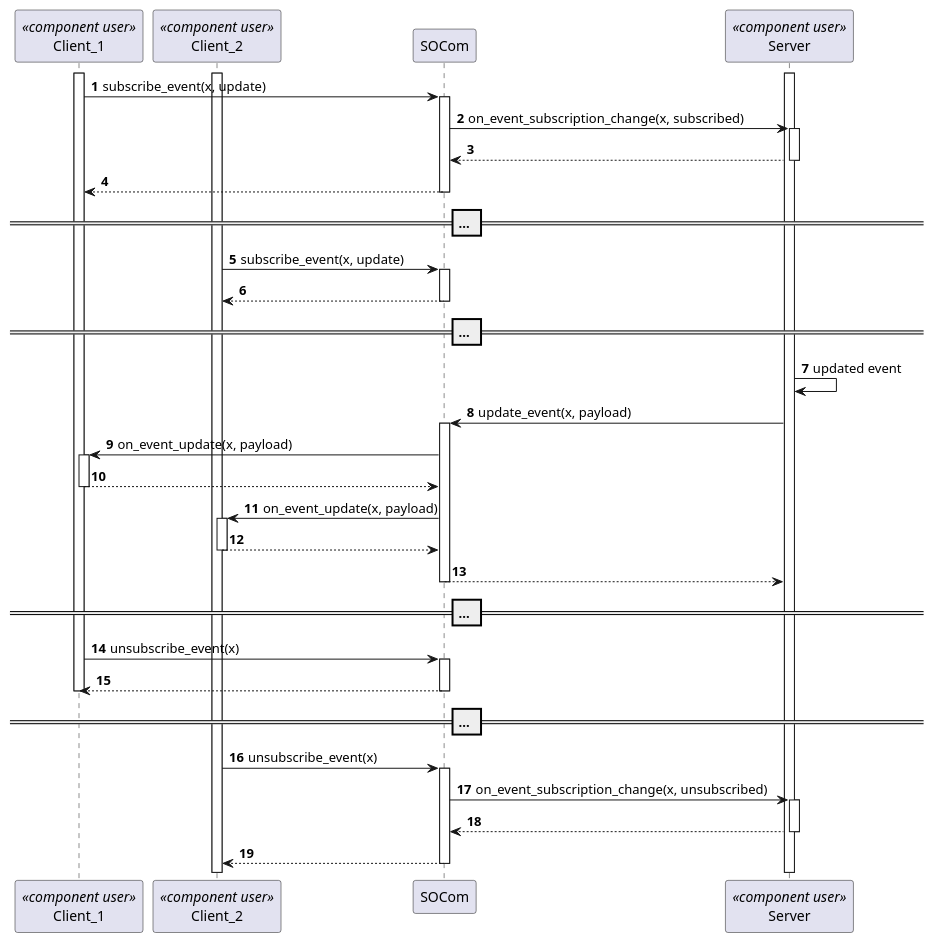
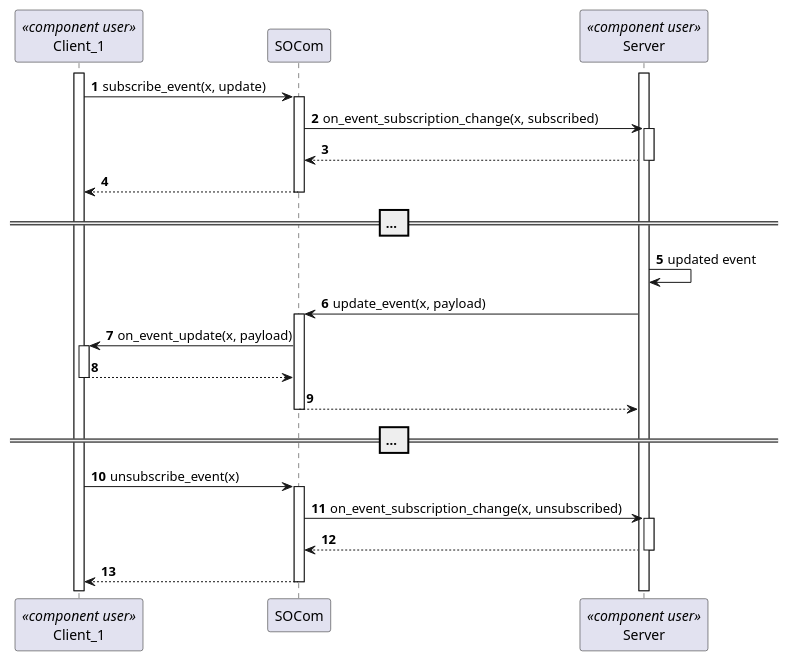
The diagram in src/socom/doc/design/models/interaction_diagram_event_communication.puml (eclipse-score/inc_someip_gateway), drawn with PlantUML before and after one commit. The commit also changed 3 other files, not shown here.

Commit message:
remove multi client support from sequence diagrams and documents

```diff
--- a/src/socom/doc/design/models/interaction_diagram_event_communication.puml
+++ b/src/socom/doc/design/models/interaction_diagram_event_communication.puml
@@ -14,63 +14,43 @@
 @startuml
 participant Client_1 <<component user>>
-participant Client_2 <<component user>>
 participant SOCom
 participant Server <<component user>>
 autonumber
 activate Server
 
 activate Client_1
-activate Client_2
 
 Client_1 -> SOCom : subscribe_event(x, update)
 activate SOCom
 
 SOCom -> Server : on_event_subscription_change(x, subscribed)
 activate Server
 
 return
 
 return
 
 == ... ==
 
-Client_2 -> SOCom : subscribe_event(x, update)
-activate SOCom
-return
-
-
-== ... ==
-
 Server -> Server : updated event
 
 Server -> SOCom : update_event(x, payload)
 activate SOCom
 
 SOCom -> Client_1 : on_event_update(x, payload)
 activate Client_1
 return
 
-SOCom -> Client_2 : on_event_update(x, payload)
-activate Client_2
-return
-
 return
 
 == ... ==
 
 Client_1 -> SOCom : unsubscribe_event(x)
-activate SOCom
-
-return
-deactivate Client_1
-== ... ==
-
-Client_2 -> SOCom : unsubscribe_event(x)
 activate SOCom
 
 SOCom -> Server : on_event_subscription_change(x, unsubscribed)
 activate Server
 return
 
 return
 @enduml
```
